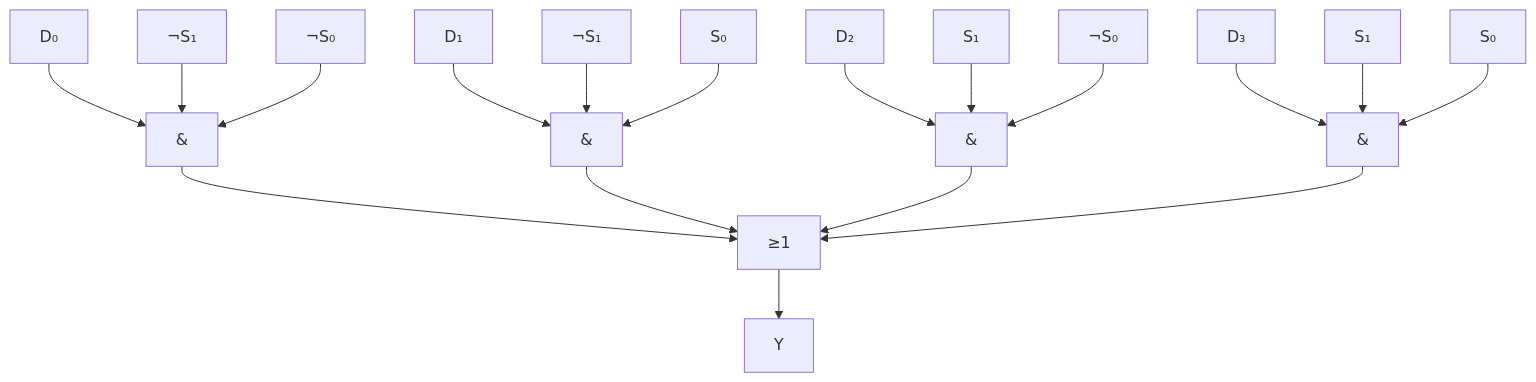
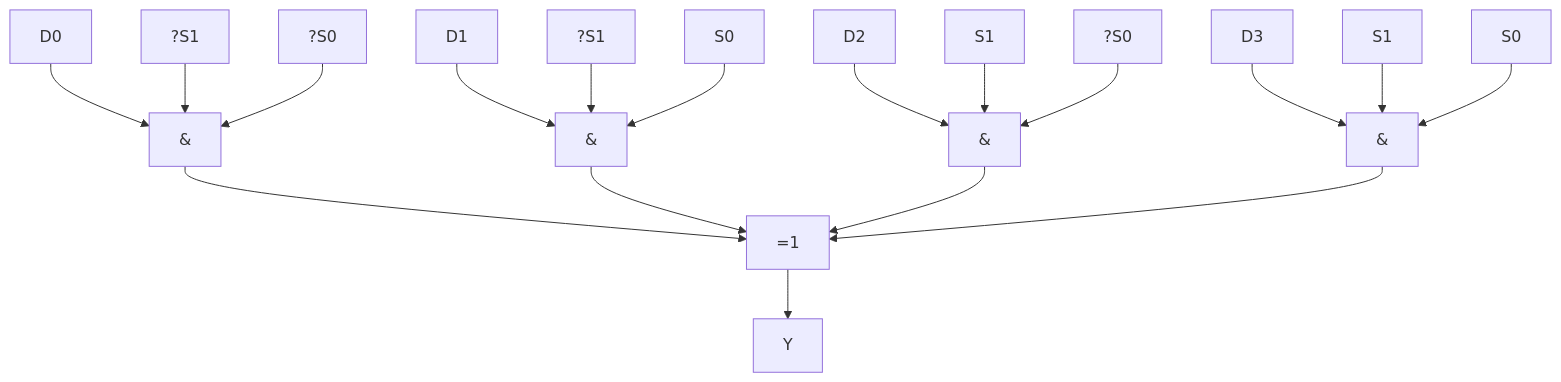
One commit to Raushan666java/ai-engineering-journey changed the sixth of 9 diagrams in docs/courses/digital-logic/05-combinational-circuits.md. Above: the diagram before and after it, drawn with Mermaid. The commit also changed other lines of this file and 790 other files, not shown here.

Commit message:
Sync all course diagram renders and content updates

````diff
--- a/docs/courses/digital-logic/05-combinational-circuits.md
+++ b/docs/courses/digital-logic/05-combinational-circuits.md
@@ -338,20 +338,20 @@
 ```mermaid
 graph TD
-    D0[D₀] --> AND0[&]
-    D1[D₁] --> AND1[&]
-    D2[D₂] --> AND2[&]
-    D3[D₃] --> AND3[&]
-    S0[¬S₁] --> AND0
-    S0A[¬S₀] --> AND0
-    S0B[¬S₁] --> AND1
-    S1C[S₀] --> AND1
-    S1D[S₁] --> AND2
-    S0E[¬S₀] --> AND2
-    S1F[S₁] --> AND3
-    S1G[S₀] --> AND3
-    AND0 --> OR[≥1]
+    D0[D0] --> AND0[&]
+    D1[D1] --> AND1[&]
+    D2[D2] --> AND2[&]
+    D3[D3] --> AND3[&]
+    S0[?S1] --> AND0
+    S0A[?S0] --> AND0
+    S0B[?S1] --> AND1
+    S1C[S0] --> AND1
+    S1D[S1] --> AND2
+    S0E[?S0] --> AND2
+    S1F[S1] --> AND3
+    S1G[S0] --> AND3
+    AND0 --> OR[=1]
     AND1 --> OR
     AND2 --> OR
     AND3 --> OR
     OR --> Y[Y]
 ```
````
